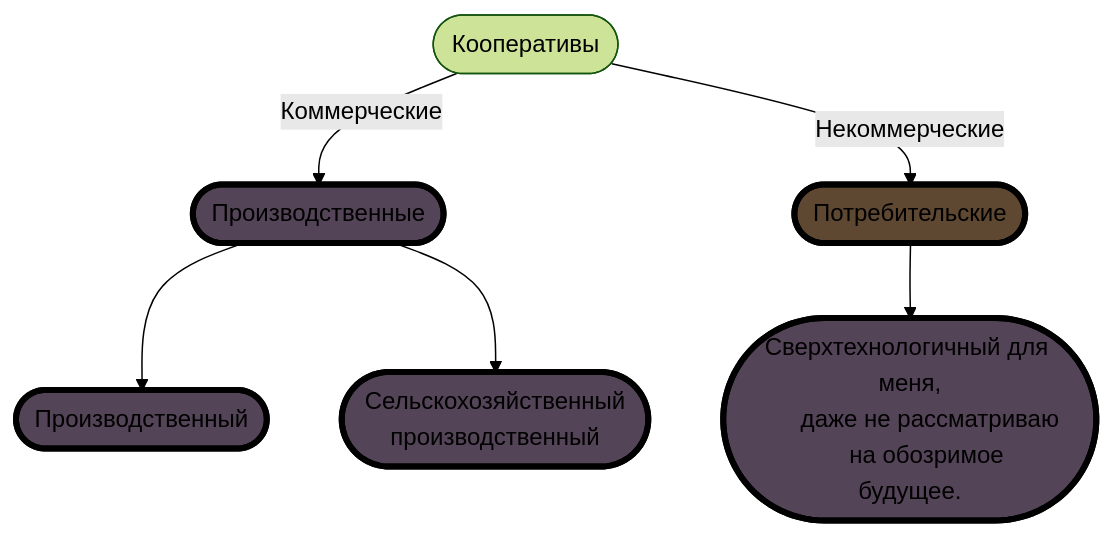
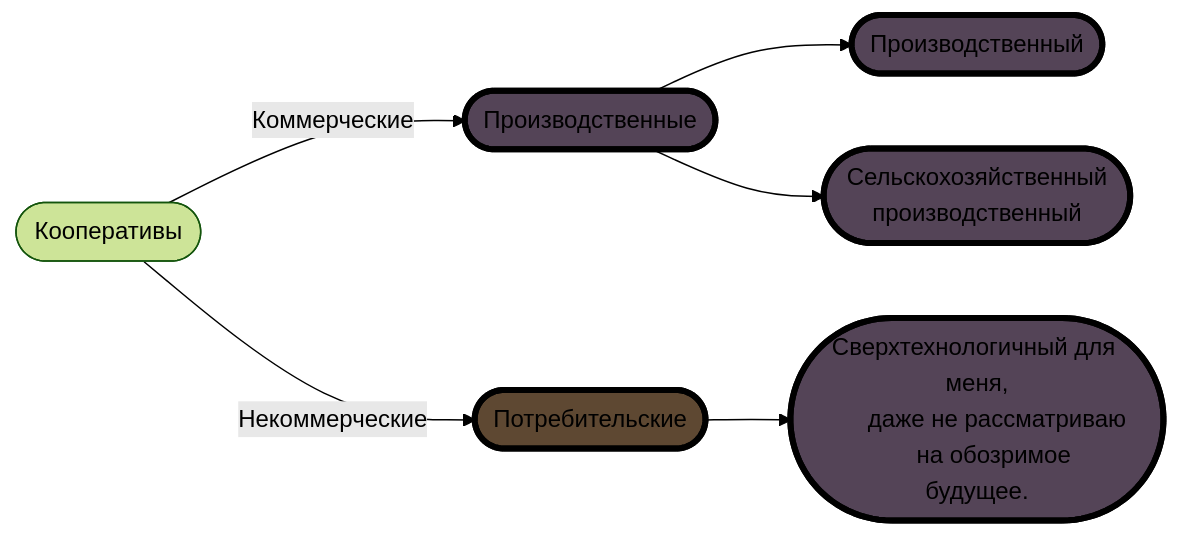
The diagram in README.md (ufrs12/Coops), drawn with Mermaid (forest theme) before and after one commit.

````diff
--- a/README.md
+++ b/README.md
@@ -7,29 +7,29 @@
 ```mermaid
-graph TD;
+graph LR;
 classDef class1 fill:#544457, stroke:#000, stroke-width:4px
 classDef class2 fill:#32465e, stroke:#000, stroke-width:4px
 classDef class3 fill:#455744, stroke:#000, stroke-width:4px
 classDef class4 fill:#5e4832, stroke:#000, stroke-width:4px
 classDef class5 fill:#5e3332, stroke:#000, stroke-width:4px
 
    
     A([Кооперативы])
     B([Производственные]):::class1
     C([Потребительские]):::class4
     D([Производственный]):::class1
     E([Сельскохозяйственный
       производственный]):::class1
     F([Сверхтехнологичный для меня,
       даже не рассматриваю
       на обозримое будущее.]):::class1
 
     A-->|Коммерческие| B;
     A-->|Некоммерческие|C;
     B-->D;
     B-->E;
     C-->F;
    click B "https://www.zakonrf.info/gk/106.1/";
    click C "https://www.zakonrf.info/gk/123.2/";
    click D "https://www.zakonrf.info/doc-15088991/";
    click E "https://www.zakonrf.info/doc-13529718/";
 ```
````
